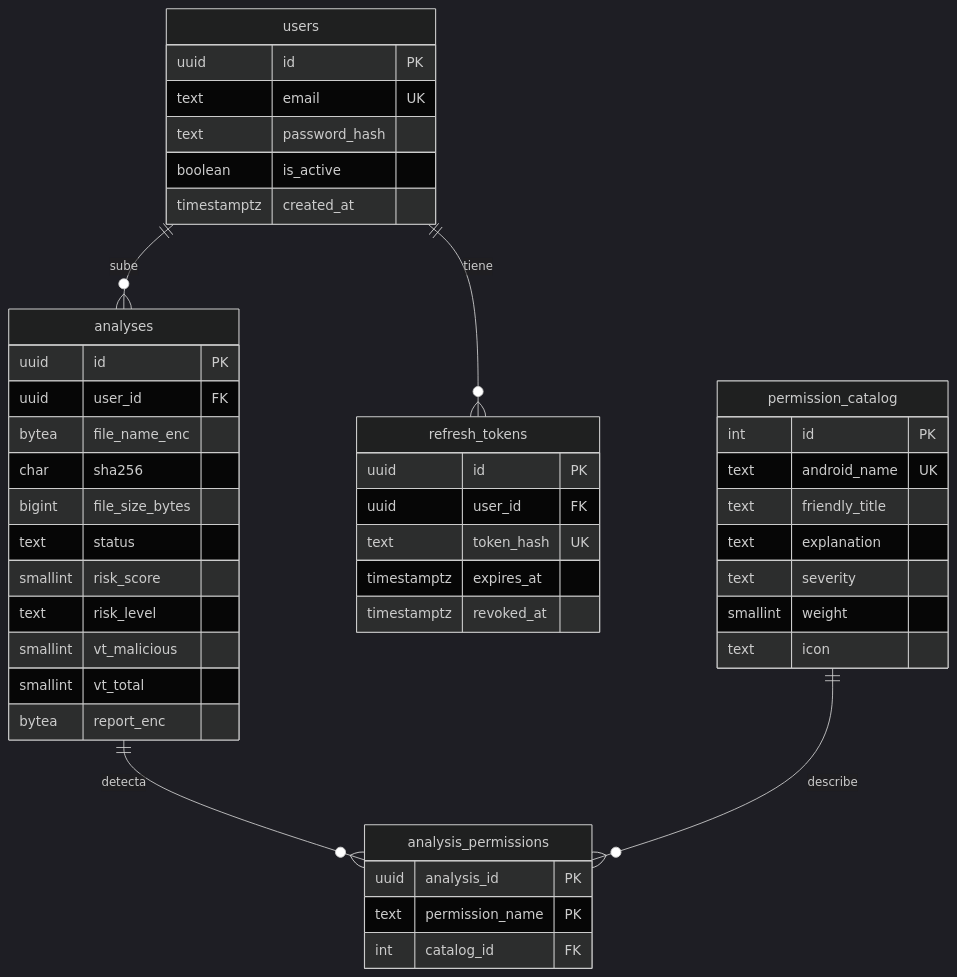
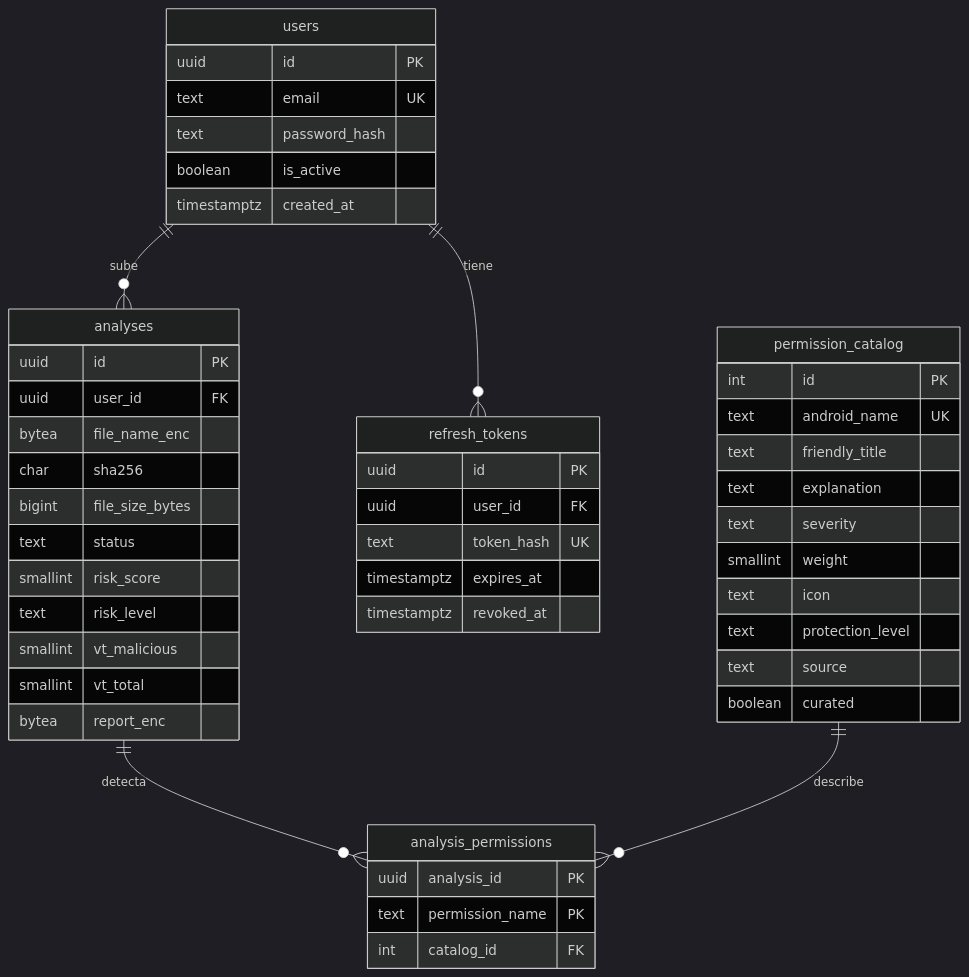
Before and after one commit to Miteek2000/fakeapp-radar-db: the diagram in docs/esquema.md, drawn with Mermaid (dark theme). The commit also changed other lines of this file and 8 other files, not shown here.

````diff
--- a/docs/esquema.md
+++ b/docs/esquema.md
@@ -7,49 +7,52 @@
 ```mermaid
 erDiagram
   users ||--o{ analyses : sube
   users ||--o{ refresh_tokens : tiene
   analyses ||--o{ analysis_permissions : detecta
   permission_catalog ||--o{ analysis_permissions : describe
 
   users {
     uuid id PK
     text email UK
     text password_hash
     boolean is_active
     timestamptz created_at
   }
   refresh_tokens {
     uuid id PK
     uuid user_id FK
     text token_hash UK
     timestamptz expires_at
     timestamptz revoked_at
   }
   analyses {
     uuid id PK
     uuid user_id FK
     bytea file_name_enc
     char sha256
     bigint file_size_bytes
     text status
     smallint risk_score
     text risk_level
     smallint vt_malicious
     smallint vt_total
     bytea report_enc
   }
   permission_catalog {
     int id PK
     text android_name UK
     text friendly_title
     text explanation
     text severity
     smallint weight
     text icon
+    text protection_level
+    text source
+    boolean curated
   }
   analysis_permissions {
     uuid analysis_id PK
     text permission_name PK
     int catalog_id FK
   }
 ```
````
